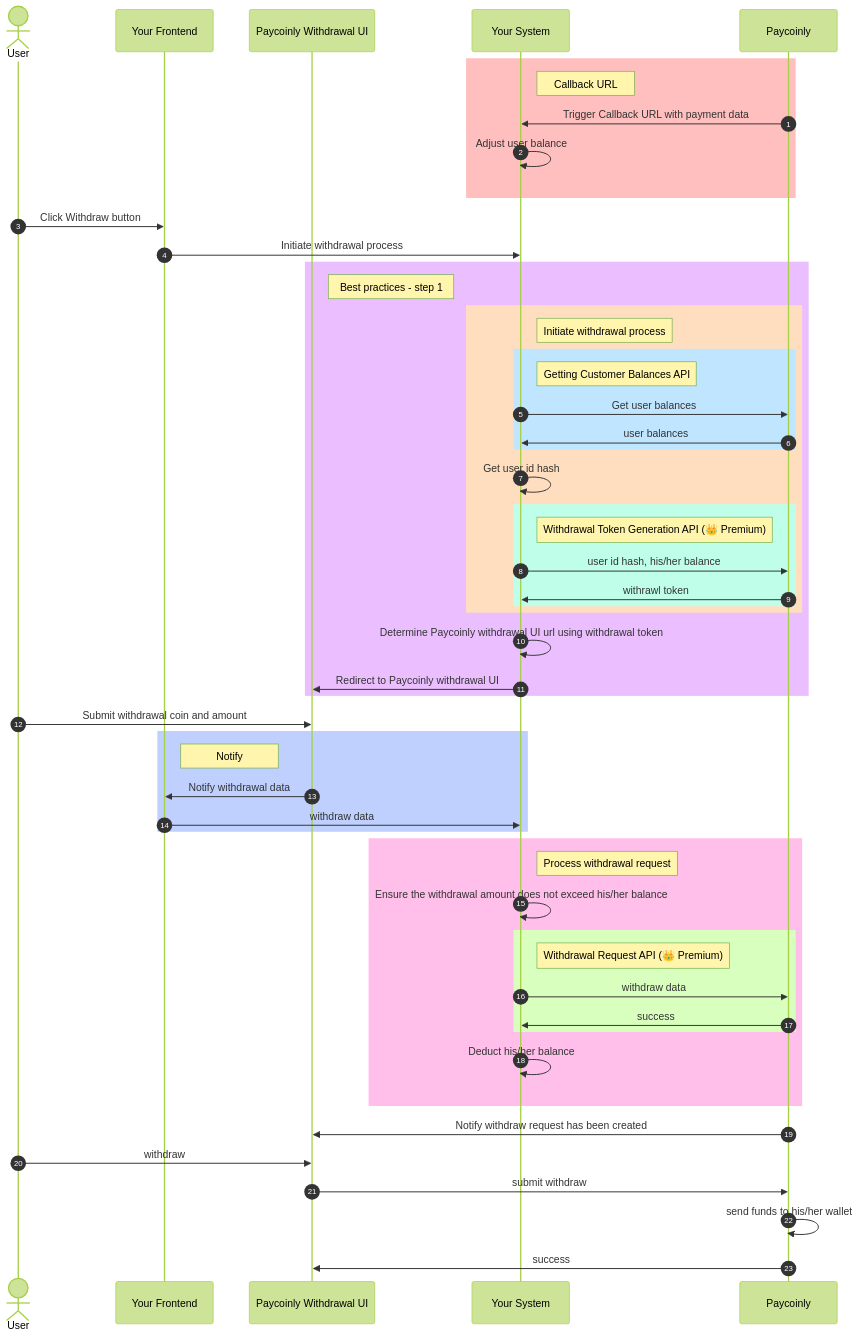
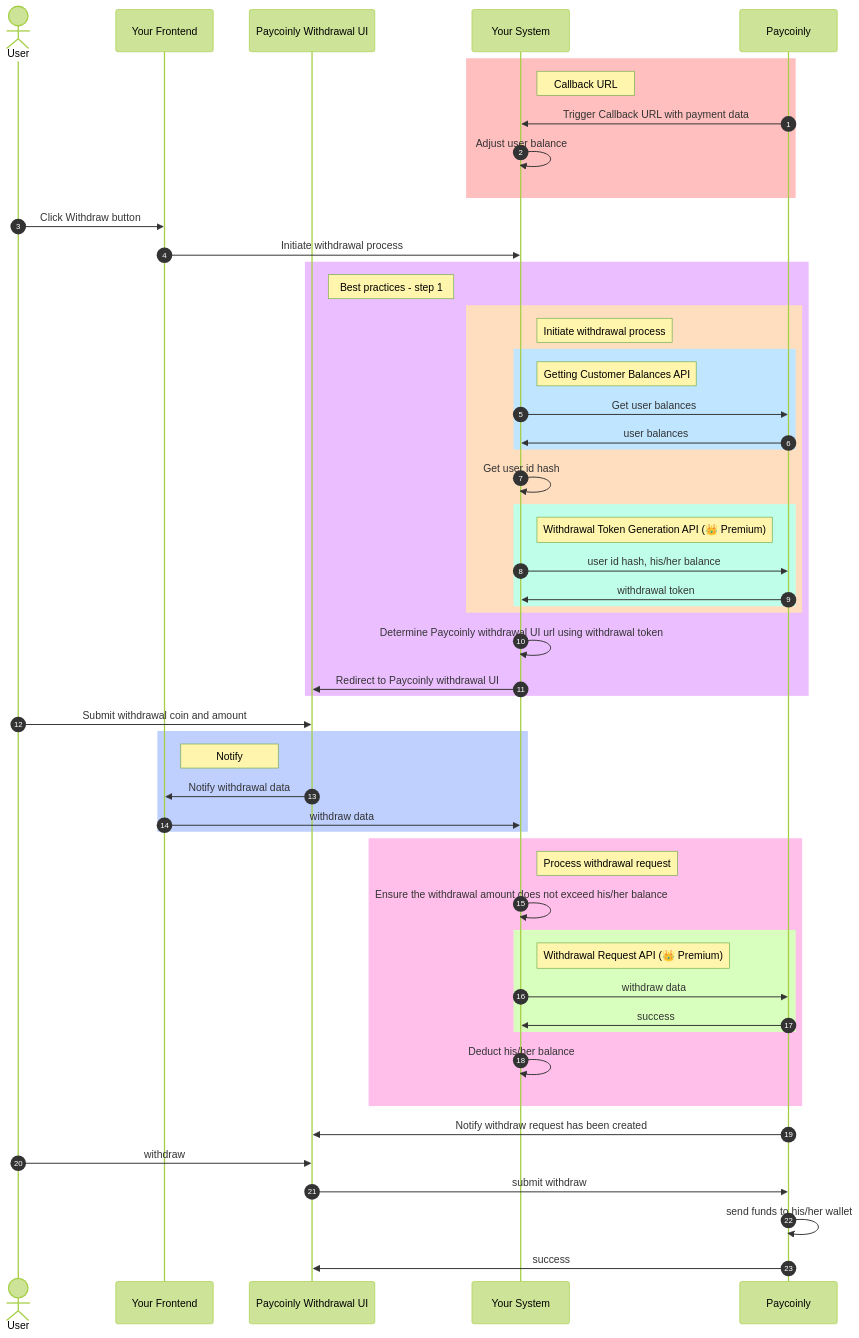
Before and after one commit to Paycoinly-Tech/docs: the diagram in docs/how-work/withdraw.mdx, drawn with Mermaid (forest theme). The commit also changed 2 other files, not shown here.

Commit message:
add ref cookie

````diff
--- a/docs/how-work/withdraw.mdx
+++ b/docs/how-work/withdraw.mdx
@@ -22,74 +22,74 @@
 ```mermaid
 sequenceDiagram
   autonumber
 
   actor user as User
   participant yourFrontend as Your Frontend
   participant paycoinlyUI as Paycoinly Withdrawal UI
   participant backend as Your System
   participant paycoinly as Paycoinly
   
   rect rgb(255, 191, 191)
   note right of backend: Callback URL
 
   paycoinly->>backend: Trigger Callback URL with payment data
   backend->>backend: Adjust user balance
 
   end
 
   user->>yourFrontend: Click Withdraw button
   yourFrontend->>backend: Initiate withdrawal process
 
   rect rgb(235, 191, 255)
   note right of paycoinlyUI: Best practices - step 1
 
   rect rgb(255, 222, 191)
   note right of backend: Initiate withdrawal process
 
   rect rgb(191, 229, 255)
   note right of backend: Getting Customer Balances API
   backend->>paycoinly: Get user balances
   paycoinly->>backend: user balances
   end
 
   backend->>backend: Get user id hash
 
   rect rgb(191, 255, 234)
   note right of backend: Withdrawal Token Generation API (👑 Premium)
   backend->>paycoinly: user id hash, his/her balance
-  paycoinly->>backend: withrawl token
+  paycoinly->>backend: withdrawal token
   end
   end
 
   backend->>backend: Determine Paycoinly withdrawal UI url using withdrawal token
 
   backend->>paycoinlyUI: Redirect to Paycoinly withdrawal UI
   end
 
   user->>paycoinlyUI: Submit withdrawal coin and amount
 
   rect rgb(191, 208, 255)
   note right of yourFrontend: Notify
   paycoinlyUI->>yourFrontend: Notify withdrawal data
   yourFrontend->>backend: withdraw data
   end
 
   rect rgb(255, 191, 234)
   note right of backend: Process withdrawal request
   backend->>backend: Ensure the withdrawal amount does not exceed his/her balance
 
   rect rgb(217, 255, 191)
   note right of backend: Withdrawal Request API (👑 Premium)
   backend->>paycoinly: withdraw data
   paycoinly->>backend: success
   end
 
   backend->>backend: Deduct his/her balance
   end
 
   paycoinly->>paycoinlyUI: Notify withdraw request has been created
   user->>paycoinlyUI: withdraw
   paycoinlyUI->>paycoinly: submit withdraw
   paycoinly->>paycoinly: send funds to his/her wallet
   paycoinly->>paycoinlyUI: success
 ```
````
